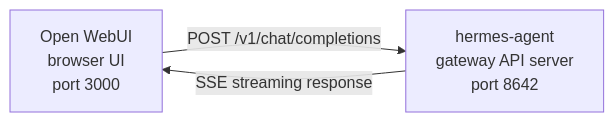
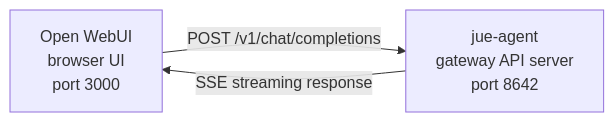
One commit to miao339/jue-agent changed the diagram in website/docs/user-guide/messaging/open-webui.md. Above: the diagram before and after it, drawn with Mermaid. The commit also changed other lines of this file and 1279 other files, not shown here.

First line of the commit message:
feat: Jue-Agent v0.10.0 - judgment-based agent framework fork from Hermes

````diff
--- a/website/docs/user-guide/messaging/open-webui.md
+++ b/website/docs/user-guide/messaging/open-webui.md
@@ -13,7 +13,7 @@
 ```mermaid
 flowchart LR
     A["Open WebUI<br/>browser UI<br/>port 3000"]
-    B["hermes-agent<br/>gateway API server<br/>port 8642"]
+    B["jue-agent<br/>gateway API server<br/>port 8642"]
     A -->|POST /v1/chat/completions| B
     B -->|SSE streaming response| A
 ```
````
